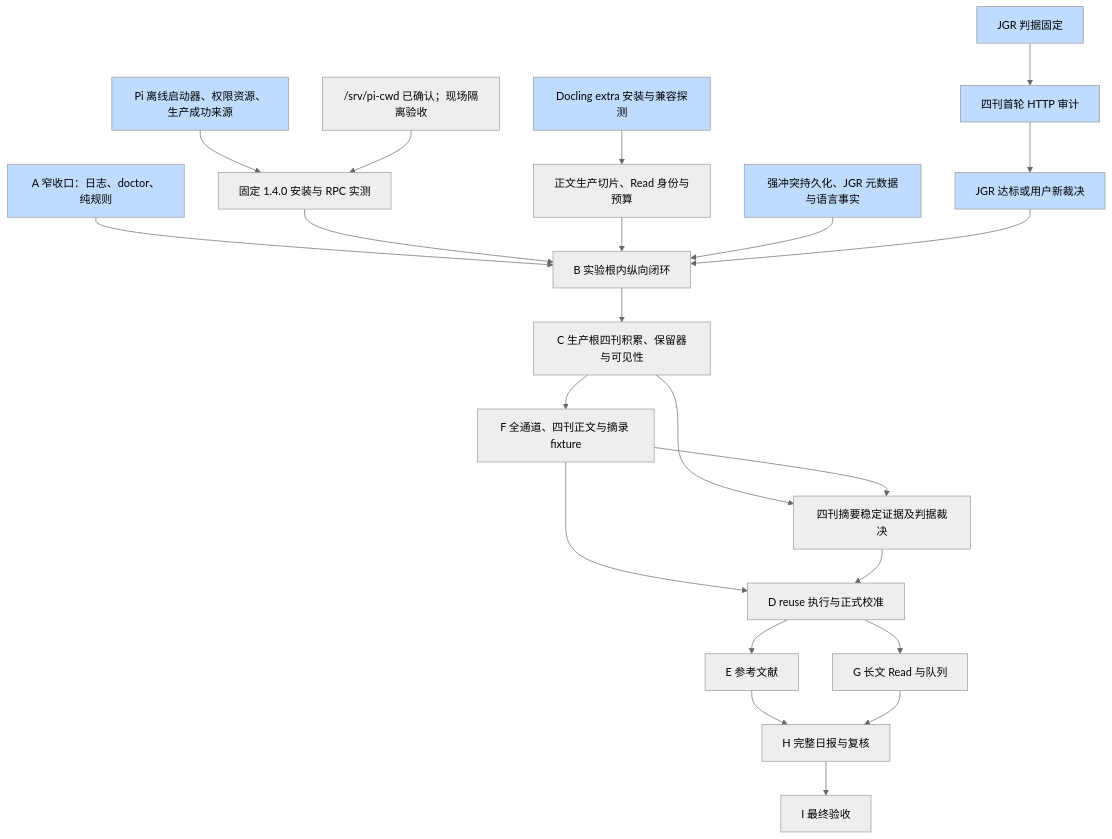
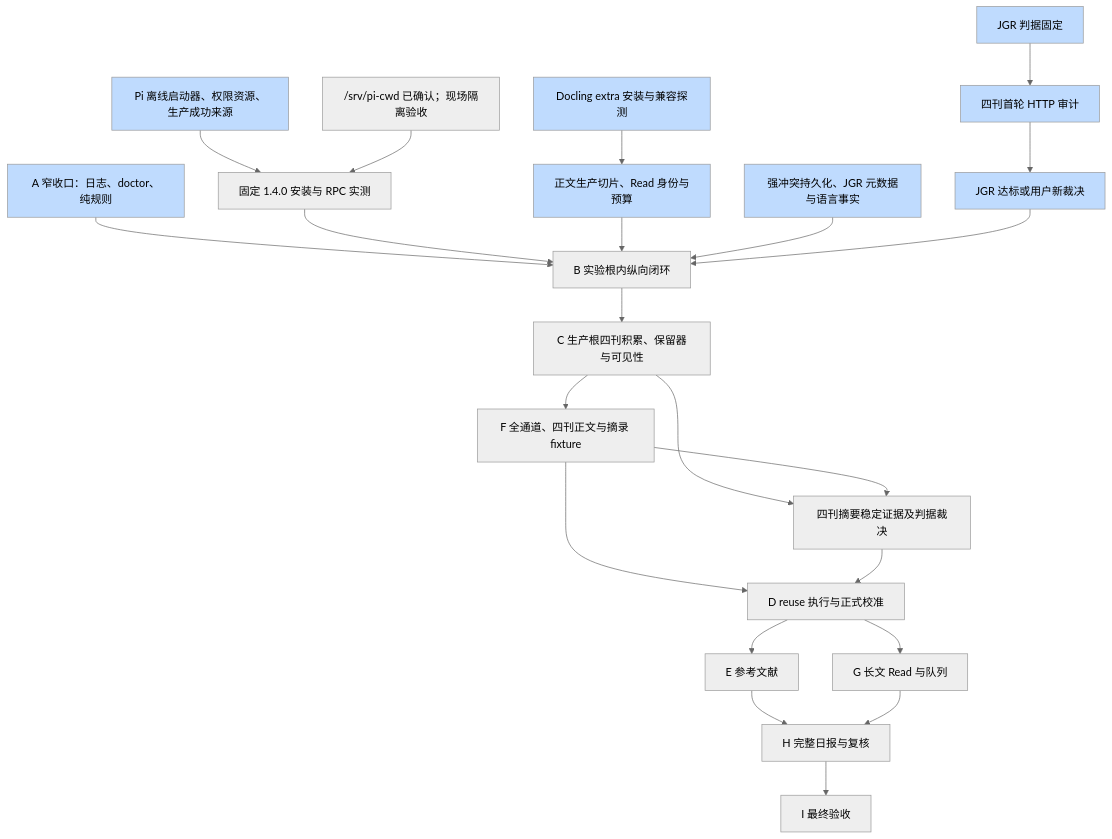
The diagram in docs/roadmap.md (MeteoBoy4/PaperRadar), drawn with Mermaid (neutral theme) before and after one commit. The commit also changed other lines of this file and 2 other files, not shown here.

Commit message:
docs(body): freeze engineering coverage and final gate criteria

````diff
--- a/docs/roadmap.md
+++ b/docs/roadmap.md
@@ -19,26 +21,26 @@
 ```mermaid
 flowchart TD
   J[JGR 判据固定] --> Audit[四刊首轮 HTTP 审计]
   Audit --> Source[JGR 达标或用户新裁决]
   A[A 窄收口：日志、doctor、纯规则] --> B[B 实验根内纵向闭环]
   Pi[Pi 离线启动器、权限资源、生产成功来源] --> Live[固定 1.4.0 安装与 RPC 实测]
   Cwd["/srv/pi-cwd 已确认；现场隔离验收"] --> Live
   Live --> B
   Extra[Docling extra 安装与兼容探测] --> Body[正文生产切片、Read 身份与预算]
   Body --> B
   Feed[强冲突持久化、JGR 元数据与语言事实] --> B
   Source --> B
   B --> C[C 生产根四刊积累、保留器与可见性]
   C --> F[F 全通道、四刊正文与摘录 fixture]
   C --> Abstract[四刊摘要稳定证据及判据裁决]
   F --> Abstract
   F --> D[D reuse 执行与正式校准]
   Abstract --> D
   D --> E[E 参考文献]
   D --> G[G 长文 Read 与队列]
   E --> H[H 完整日报与复核]
   G --> H
   H --> I[I 最终验收]
   classDef completed fill:#bfdbfe
-  class J,Audit,Source,A,Pi,Extra,Feed completed
+  class J,Audit,Source,A,Pi,Extra,Body,Feed completed
 ```
````
